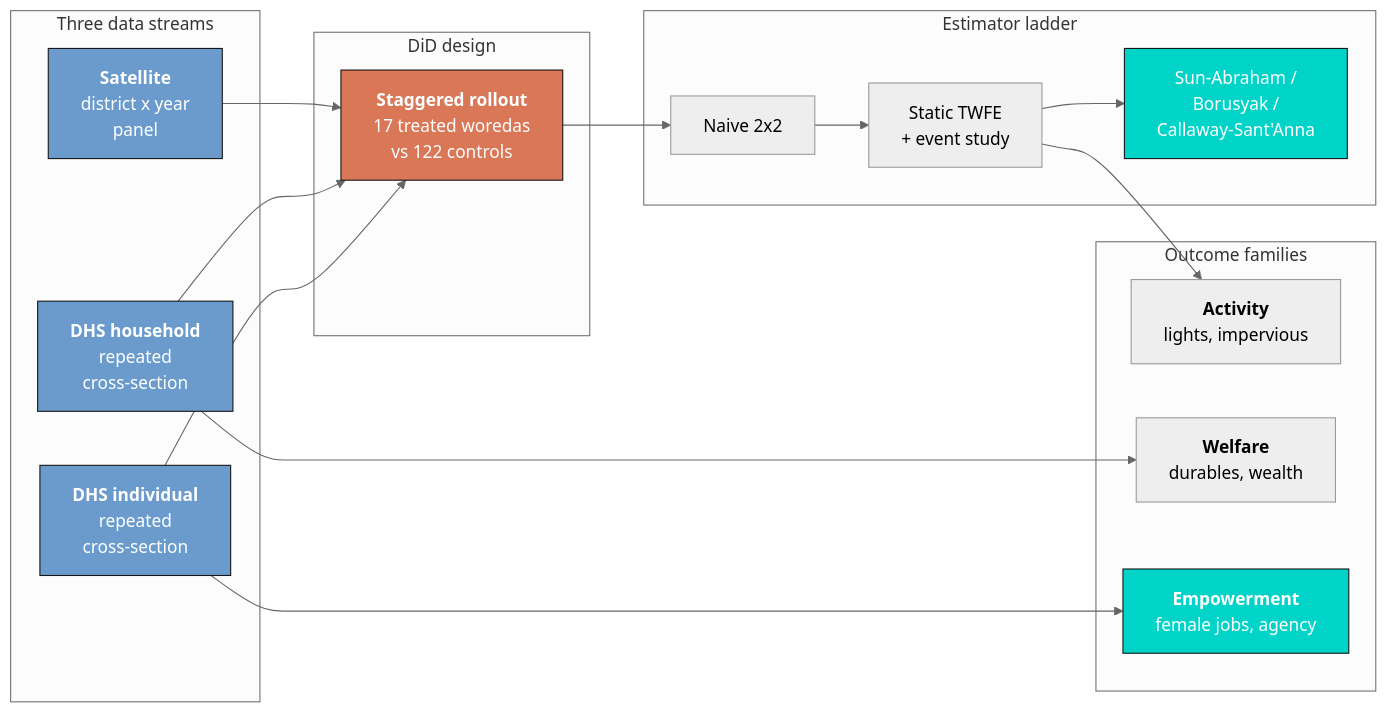
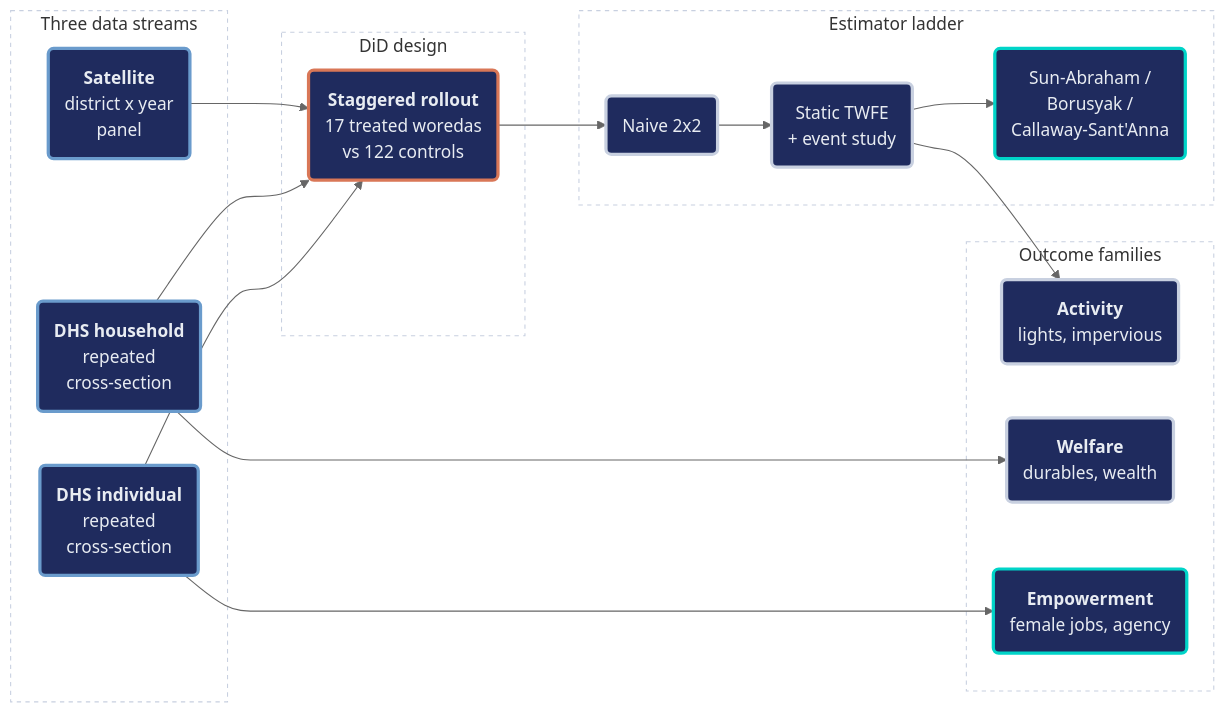
The diagram in content/post/python_did_industrial_park/references/tutorial.qmd (cmg777/starter-academic-v501), drawn with Mermaid (neutral theme) before and after one commit. The commit also changed other lines of this file and 42 other files, not shown here.

First line of the commit message:
content(mermaid): restyle Mermaid copies in tutorial sources and the LaLonde slide deck

````diff
--- a/content/post/python_did_industrial_park/references/tutorial.qmd
+++ b/content/post/python_did_industrial_park/references/tutorial.qmd
@@ -97,39 +97,44 @@
 ```{mermaid}
 graph LR
     subgraph DATA["Three data streams"]
-    A["<b>Satellite</b><br/>district x year<br/>panel"]
-    B["<b>DHS household</b><br/>repeated<br/>cross-section"]
-    C["<b>DHS individual</b><br/>repeated<br/>cross-section"]
+    A("<b>Satellite</b><br/>district x year<br/>panel")
+    B("<b>DHS household</b><br/>repeated<br/>cross-section")
+    C("<b>DHS individual</b><br/>repeated<br/>cross-section")
     end
 
     subgraph DESIGN["DiD design"]
-    D["<b>Staggered rollout</b><br/>17 treated woredas<br/>vs 122 controls"]
+    D("<b>Staggered rollout</b><br/>17 treated woredas<br/>vs 122 controls")
     end
 
     subgraph LADDER["Estimator ladder"]
-    E["Naive 2x2"]
-    F["Static TWFE<br/>+ event study"]
-    G["Sun-Abraham /<br/>Borusyak /<br/>Callaway-Sant'Anna"]
+    E("Naive 2x2")
+    F("Static TWFE<br/>+ event study")
+    G("Sun-Abraham /<br/>Borusyak /<br/>Callaway-Sant'Anna")
     end
 
     subgraph OUT["Outcome families"]
-    H["<b>Activity</b><br/>lights, impervious"]
-    I["<b>Welfare</b><br/>durables, wealth"]
-    J["<b>Empowerment</b><br/>female jobs, agency"]
+    H("<b>Activity</b><br/>lights, impervious")
+    I("<b>Welfare</b><br/>durables, wealth")
+    J("<b>Empowerment</b><br/>female jobs, agency")
     end
 
     A --> D
     B --> D
     C --> D
     D --> E --> F --> G
     F --> H
     B --> I
     C --> J
-
-    style A fill:#6a9bcc,stroke:#141413,color:#fff
-    style B fill:#6a9bcc,stroke:#141413,color:#fff
-    style C fill:#6a9bcc,stroke:#141413,color:#fff
-    style D fill:#d97757,stroke:#141413,color:#fff
-    style G fill:#00d4c8,stroke:#141413,color:#fff
-    style J fill:#00d4c8,stroke:#141413,color:#fff
+    style DATA fill:none,stroke:#c8d0e0,stroke-width:1px,stroke-dasharray:4 4
+    style DESIGN fill:none,stroke:#c8d0e0,stroke-width:1px,stroke-dasharray:4 4
+    style LADDER fill:none,stroke:#c8d0e0,stroke-width:1px,stroke-dasharray:4 4
+    style OUT fill:none,stroke:#c8d0e0,stroke-width:1px,stroke-dasharray:4 4
+    classDef blue fill:#1f2b5e,stroke:#6a9bcc,stroke-width:3px,color:#e8ecf2
+    classDef orange fill:#1f2b5e,stroke:#d97757,stroke-width:3px,color:#e8ecf2
+    classDef gray fill:#1f2b5e,stroke:#c8d0e0,stroke-width:3px,color:#e8ecf2
+    classDef teal fill:#1f2b5e,stroke:#00d4c8,stroke-width:3px,color:#e8ecf2
+    class A,B,C blue
+    class D orange
+    class E,F,H,I gray
+    class G,J teal
 ```
````
